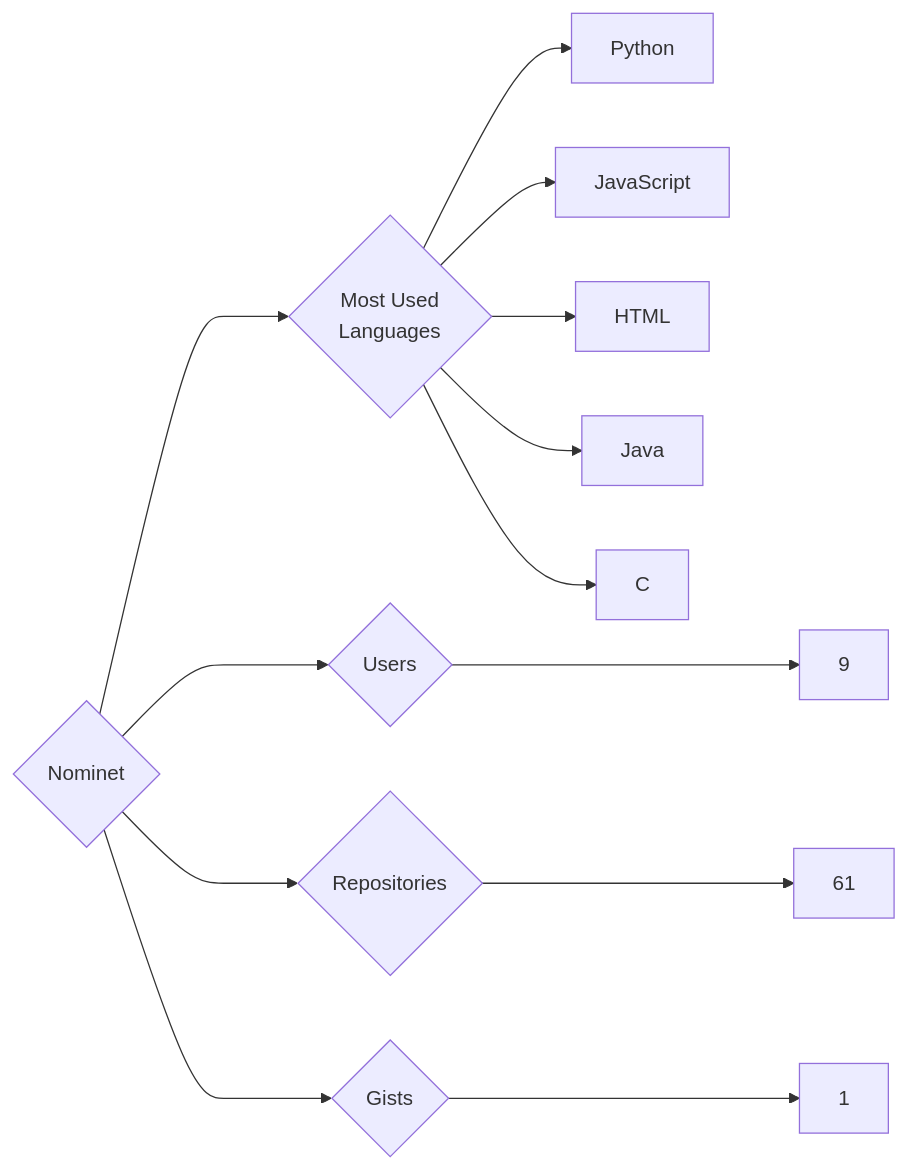
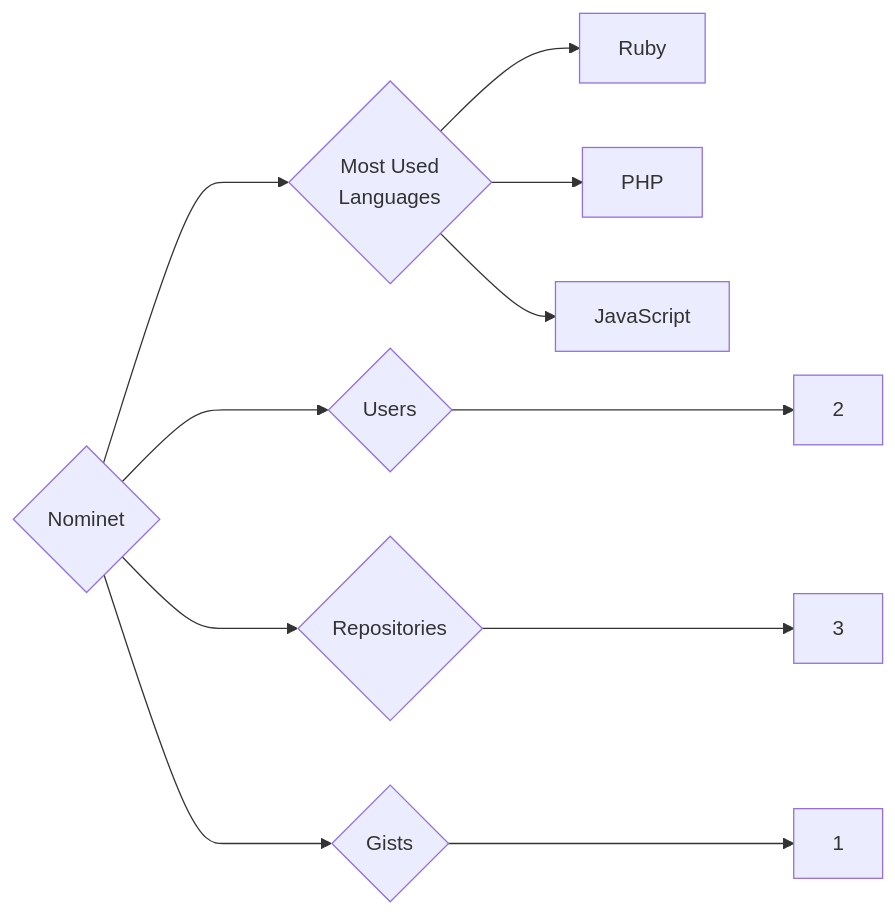
One commit to trickest/insiders changed the diagram in targets/Nominet/README.md. Above: the diagram before and after it, drawn with Mermaid. The commit also changed 953 other files, not shown here.

````diff
--- a/targets/Nominet/README.md
+++ b/targets/Nominet/README.md
@@ -3,13 +3,11 @@
 ```mermaid
 graph LR
 COMPANY_NAME{Nominet}
-COMPANY_NAME ---> U{Users} ---> UN[9]
-COMPANY_NAME ---> R{Repositories} ---> RN[61]
+COMPANY_NAME ---> U{Users} ---> UN[2]
+COMPANY_NAME ---> R{Repositories} ---> RN[3]
 COMPANY_NAME ---> G{Gists} ---> GN[1]
 COMPANY_NAME ---> ML{Most Used<br>Languages}
-ML --> Python[Python]
+ML --> Ruby[Ruby]
+ML --> PHP[PHP]
 ML --> JavaScript[JavaScript]
-ML --> HTML[HTML]
-ML --> Java[Java]
-ML --> C[C]
 ```
````
